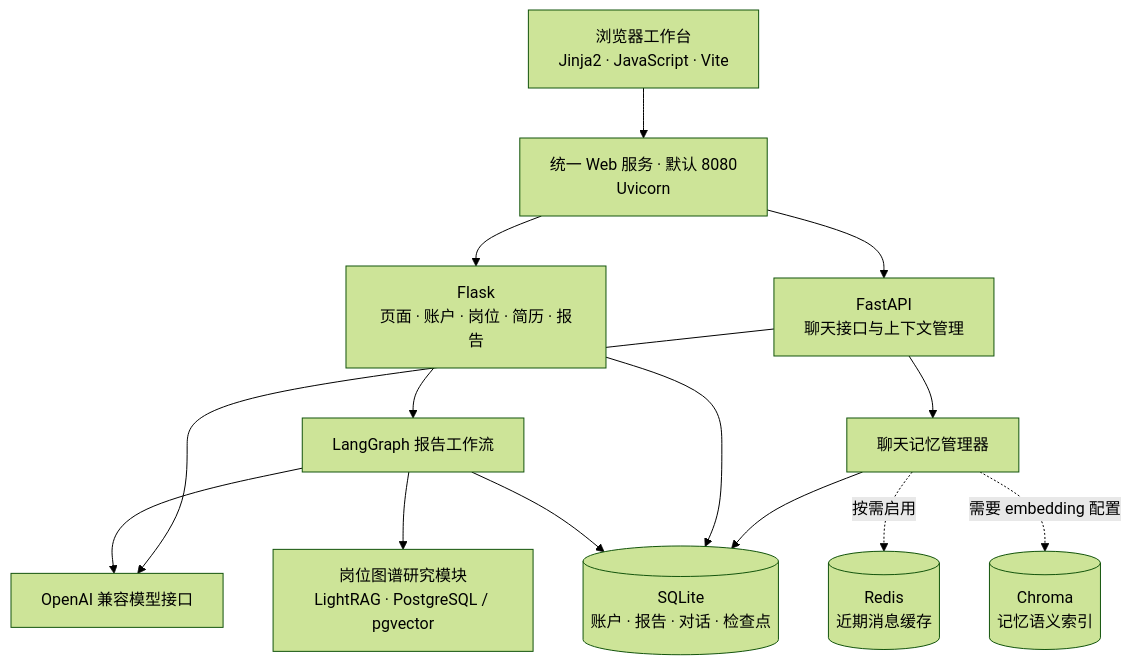
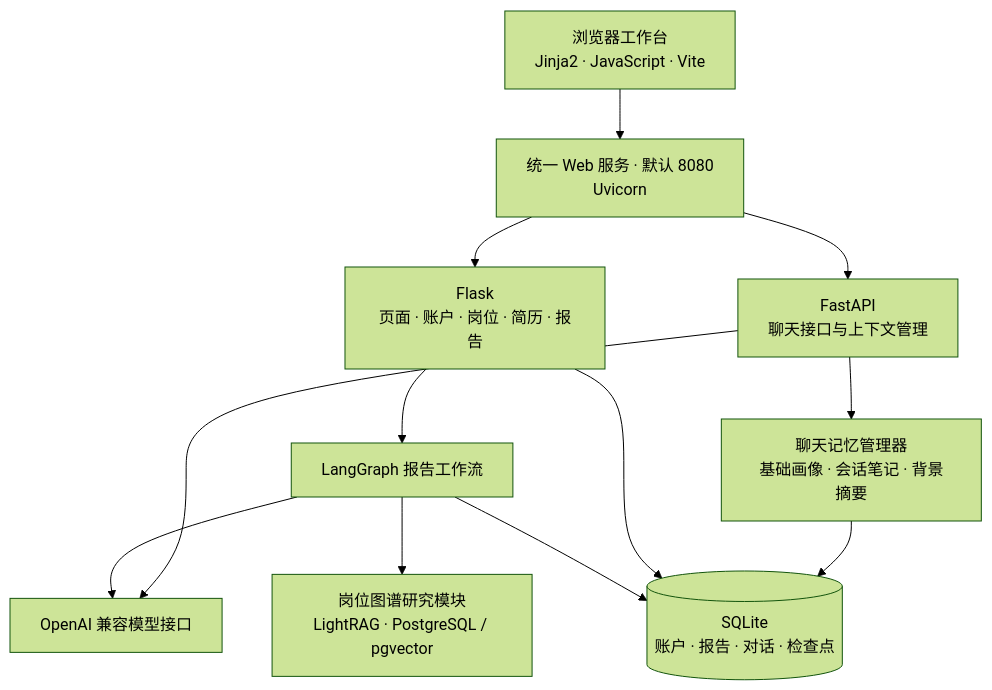
The second of 3 diagrams in README.md (hankwang712/Career-Planning), drawn with Mermaid (forest theme) before and after one commit. The commit also changed other lines of this file and 21 other files, not shown here.

````diff
--- a/README.md
+++ b/README.md
@@ -239,27 +241,23 @@
 ```mermaid
 flowchart TB
     UI[浏览器工作台<br/>Jinja2 · JavaScript · Vite]
     WEB[统一 Web 服务 · 默认 8080<br/>Uvicorn]
     FLASK[Flask<br/>页面 · 账户 · 岗位 · 简历 · 报告]
     CHAT[FastAPI<br/>聊天接口与上下文管理]
     GRAPH[LangGraph 报告工作流]
     LLM[OpenAI 兼容模型接口]
     DB[(SQLite<br/>账户 · 报告 · 对话 · 检查点)]
-    MEMORY[聊天记忆管理器]
-    CACHE[(Redis<br/>近期消息缓存)]
-    VECTOR[(Chroma<br/>记忆语义索引)]
+    MEMORY[聊天记忆管理器<br/>基础画像 · 会话笔记 · 背景摘要]
     RAG[岗位图谱研究模块<br/>LightRAG · PostgreSQL / pgvector]
     UI --> WEB
     WEB --> FLASK
     WEB --> CHAT
     FLASK --> GRAPH
     GRAPH --> LLM
     GRAPH --> RAG
     GRAPH --> DB
     FLASK --> DB
     CHAT --> LLM
     CHAT --> MEMORY
     MEMORY --> DB
-    MEMORY -. 按需启用 .-> CACHE
-    MEMORY -. 需要 embedding 配置 .-> VECTOR
 ```
````
